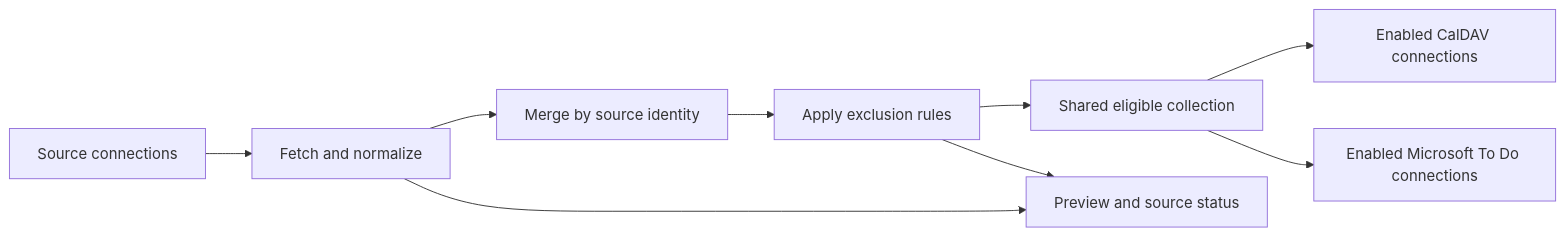
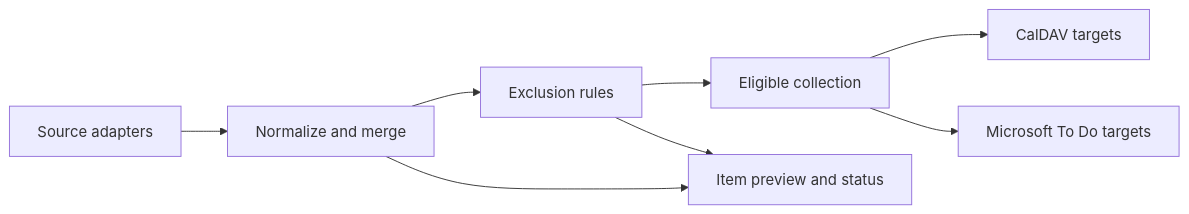
Before and after one commit to 221A-32/auto-track: the diagram in docs/architecture.md, drawn with Mermaid. The commit also changed other lines of this file and 3 other files, not shown here.

````diff
--- a/docs/architecture.md
+++ b/docs/architecture.md
@@ -36,11 +32,10 @@
 ```mermaid
 flowchart LR
-    Sources[Source connections] --> Fetch[Fetch and normalize]
-    Fetch --> Merge[Merge by source identity]
-    Merge --> Rules[Apply exclusion rules]
-    Rules --> Collection[Shared eligible collection]
-    Collection --> CalDAV[Enabled CalDAV connections]
-    Collection --> ToDo[Enabled Microsoft To Do connections]
-    Fetch --> Preview[Preview and source status]
-    Rules --> Preview
+    S[Source adapters] --> N[Normalize and merge]
+    N --> R[Exclusion rules]
+    R --> E[Eligible collection]
+    E --> T1[CalDAV targets]
+    E --> T2[Microsoft To Do targets]
+    N --> P[Item preview and status]
+    R --> P
 ```
````
